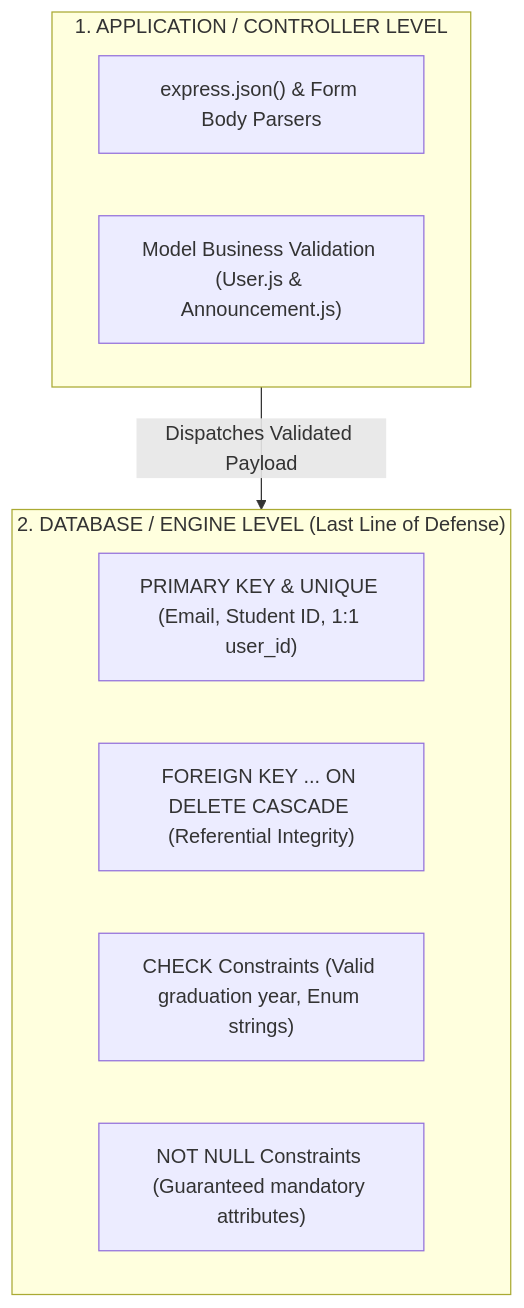
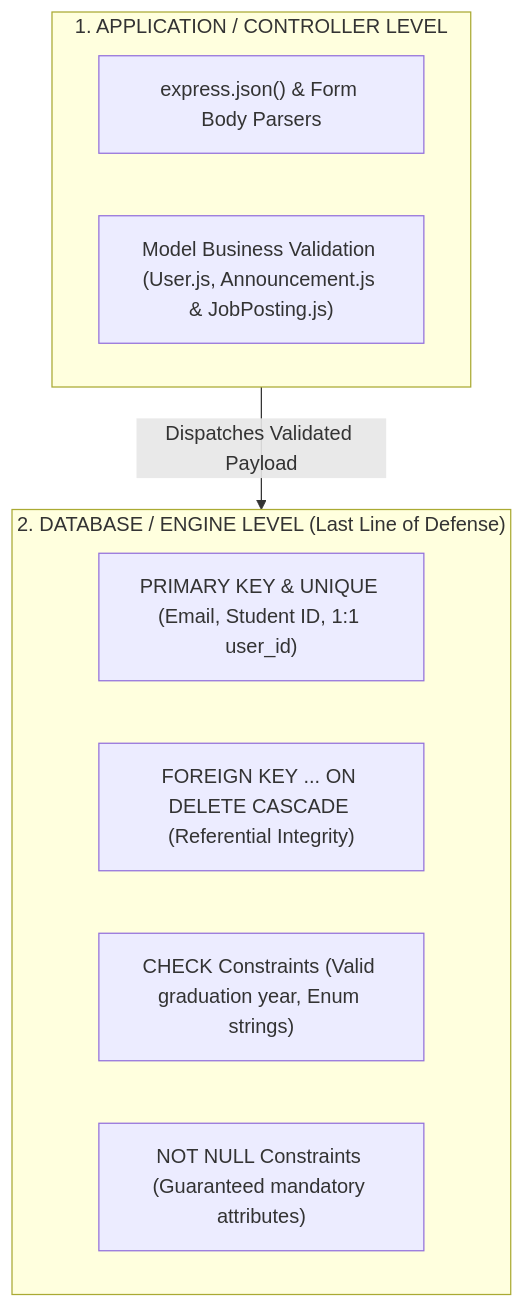
The fourth of 8 diagrams in DDD.md (mehmetrasid0/Alumni), drawn with Mermaid before and after one commit. The commit also changed other lines of this file and 2 other files, not shown here.

Commit message:
docs(ddd): synchronize CDM, LDM, DDL and README milestones reflecting pure M:N career architecture

````diff
--- a/DDD.md
+++ b/DDD.md
@@ -411,16 +633,16 @@
 ```mermaid
 graph TD
     subgraph APPLICATION_LEVEL ["1. APPLICATION / CONTROLLER LEVEL"]
         C1["express.json() & Form Body Parsers"]
-        C2["Model Business Validation (User.js & Announcement.js)"]
+        C2["Model Business Validation (User.js, Announcement.js & JobPosting.js)"]
     end
 
     subgraph DATABASE_LEVEL ["2. DATABASE / ENGINE LEVEL (Last Line of Defense)"]
         D1["PRIMARY KEY & UNIQUE (Email, Student ID, 1:1 user_id)"]
         D2["FOREIGN KEY ... ON DELETE CASCADE (Referential Integrity)"]
         D3["CHECK Constraints (Valid graduation year, Enum strings)"]
         D4["NOT NULL Constraints (Guaranteed mandatory attributes)"]
     end
 
     APPLICATION_LEVEL -->|Dispatches Validated Payload| DATABASE_LEVEL
 ```
````
